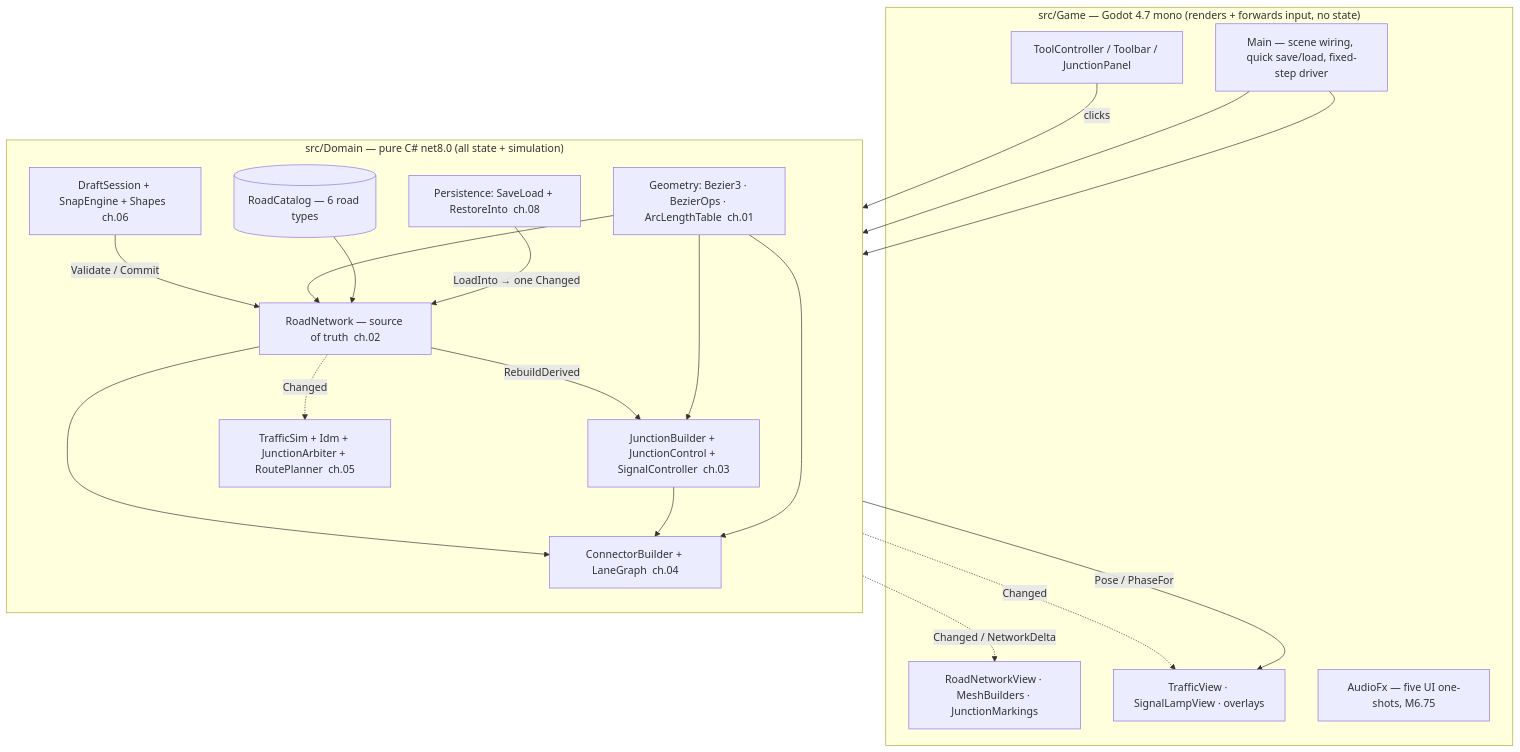
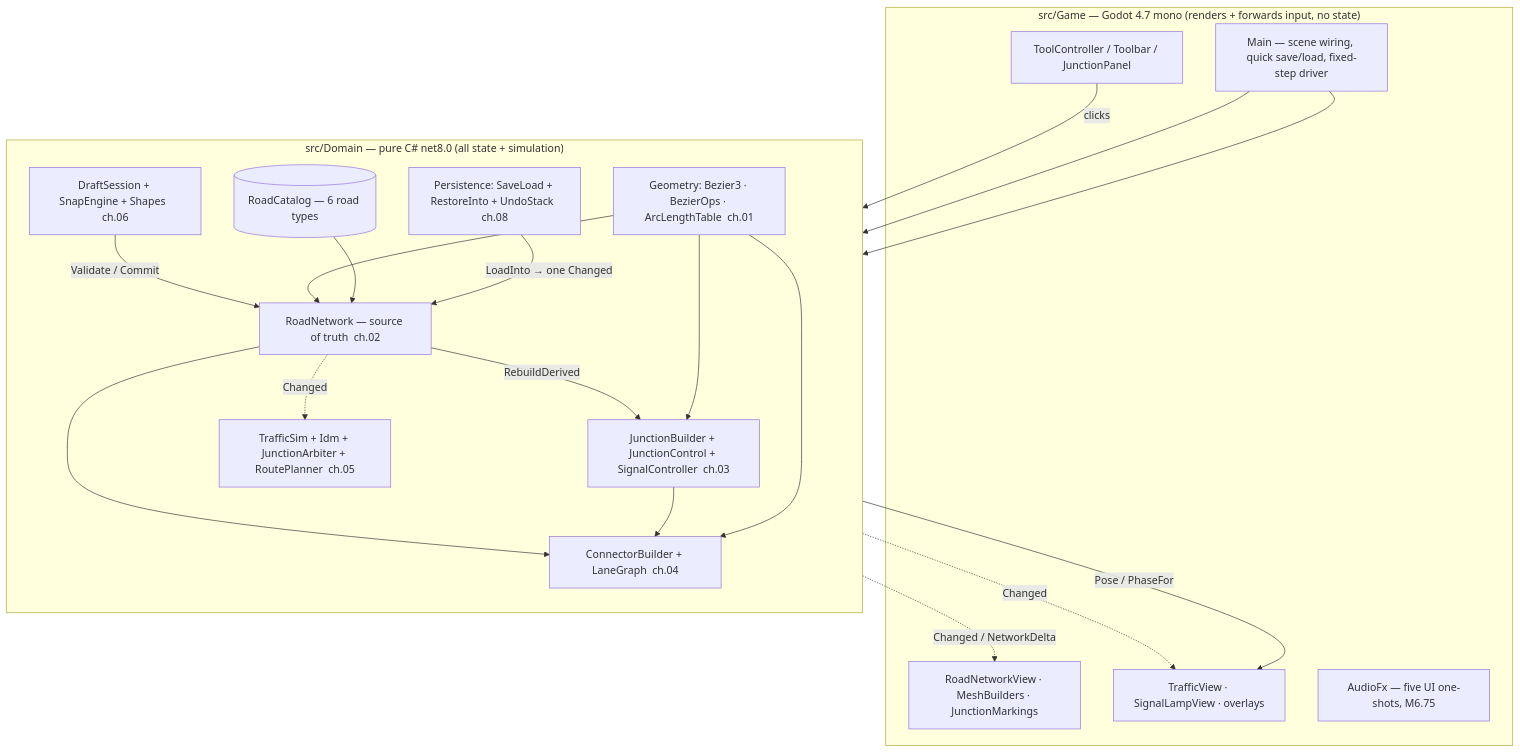
The diagram in docs/manual/00-overview.md (thecherry94/citybuilder), drawn with Mermaid before and after one commit. The commit also changed 15 other files, not shown here.

First line of the commit message:
docs+cert: M7 undo/redo + upgrade-in-place — fuzz 3x10k green (per-seed evidence), KPI M7 health report, manual/conventions/roadmap/spec drift

````diff
--- a/docs/manual/00-overview.md
+++ b/docs/manual/00-overview.md
@@ -44,37 +44,37 @@
 ```mermaid
 flowchart TB
     subgraph Game["src/Game — Godot 4.7 mono (renders + forwards input, no state)"]
         TC[ToolController / Toolbar / JunctionPanel]
         RV[RoadNetworkView · MeshBuilders · JunctionMarkings]
         TV[TrafficView · SignalLampView · overlays]
         AFX[AudioFx — five UI one-shots, M6.75]
         MAIN[Main — scene wiring, quick save/load, fixed-step driver]
     end
     subgraph Domain["src/Domain — pure C# net8.0 (all state + simulation)"]
         direction TB
         DS[DraftSession + SnapEngine + Shapes  ch.06]
         RN[RoadNetwork — source of truth  ch.02]
         GEO[Geometry: Bezier3 · BezierOps · ArcLengthTable  ch.01]
         JB[JunctionBuilder + JunctionControl + SignalController  ch.03]
         CB[ConnectorBuilder + LaneGraph  ch.04]
         SIM[TrafficSim + Idm + JunctionArbiter + RoutePlanner  ch.05]
-        PERS[Persistence: SaveLoad + RestoreInto  ch.08]
+        PERS[Persistence: SaveLoad + RestoreInto + UndoStack  ch.08]
         CAT[(RoadCatalog — 6 road types)]
     end
     TC -->|clicks| DS
     DS -->|Validate / Commit| RN
     RN -->|RebuildDerived| JB
     RN --> CB
     JB --> CB
     RN -.Changed / NetworkDelta.-> RV
     RN -.Changed.-> SIM
     RN -.Changed.-> TV
     GEO --> RN
     GEO --> JB
     GEO --> CB
     CAT --> RN
     SIM -->|Pose / PhaseFor| TV
     PERS -->|LoadInto → one Changed| RN
     MAIN --> PERS
     MAIN --> DS
 ```
````
